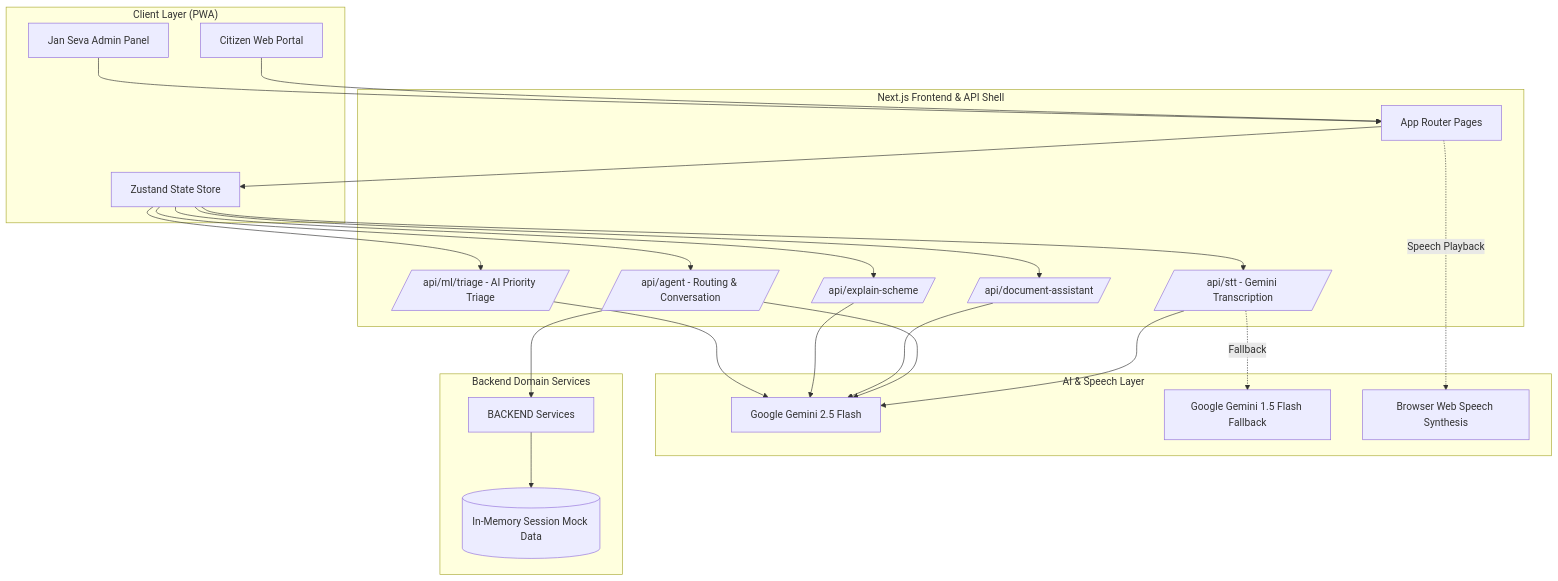
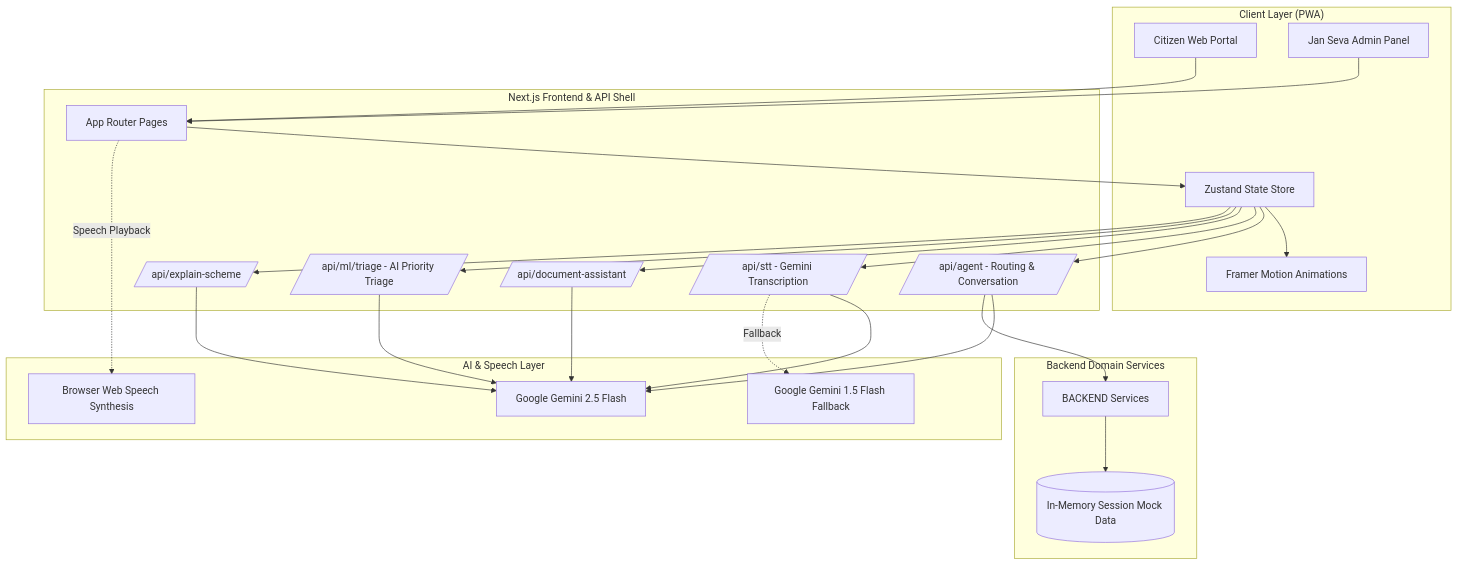
One commit to ranjan-arnav/bharat_setu_cfc changed the first of 3 diagrams in README.md. Above: the diagram before and after it, drawn with Mermaid. The commit also changed other lines of this file, not shown here.

````diff
--- a/README.md
+++ b/README.md
@@ -85,50 +83,52 @@
 ```mermaid
 graph TB
     subgraph "Client Layer (PWA)"
-        B[Citizen Web Portal]
-        A[Jan Seva Admin Panel]
-        Z[Zustand State Store]
+        C1[Citizen Web Portal]
+        C2[Jan Seva Admin Panel]
+        C3[Zustand State Store]
+        C4[Framer Motion Animations]
     end
 
     subgraph "Next.js Frontend & API Shell"
         LP[App Router Pages]
         STT[/api/stt - Gemini Transcription/]
         EXP[/api/explain-scheme/]
         DOC[/api/document-assistant/]
         TRG[/api/ml/triage - AI Priority Triage/]
         AGT[/api/agent - Routing & Conversation/]
     end
 
     subgraph "AI & Speech Layer"
         GEM[Google Gemini 2.5 Flash]
         GEM_FALL[Google Gemini 1.5 Flash Fallback]
         TTS[Browser Web Speech Synthesis]
     end
 
     subgraph "Backend Domain Services"
         SV[BACKEND Services]
         MEM[(In-Memory Session Mock Data)]
     end
 
-    B --> LP
-    A --> LP
-    LP --> Z
+    C1 --> LP
+    C2 --> LP
+    LP --> C3
+    C3 --> C4
 
-    Z --> AGT
-    Z --> STT
-    Z --> DOC
-    Z --> TRG
-    Z --> EXP
+    C3 --> AGT
+    C3 --> STT
+    C3 --> DOC
+    C3 --> TRG
+    C3 --> EXP
 
     STT --> GEM
     STT -. Fallback .-> GEM_FALL
     AGT --> GEM
     DOC --> GEM
     EXP --> GEM
     TRG --> GEM
 
     LP -. Speech Playback .-> TTS
 
     AGT --> SV
     SV --> MEM
 ```
````
